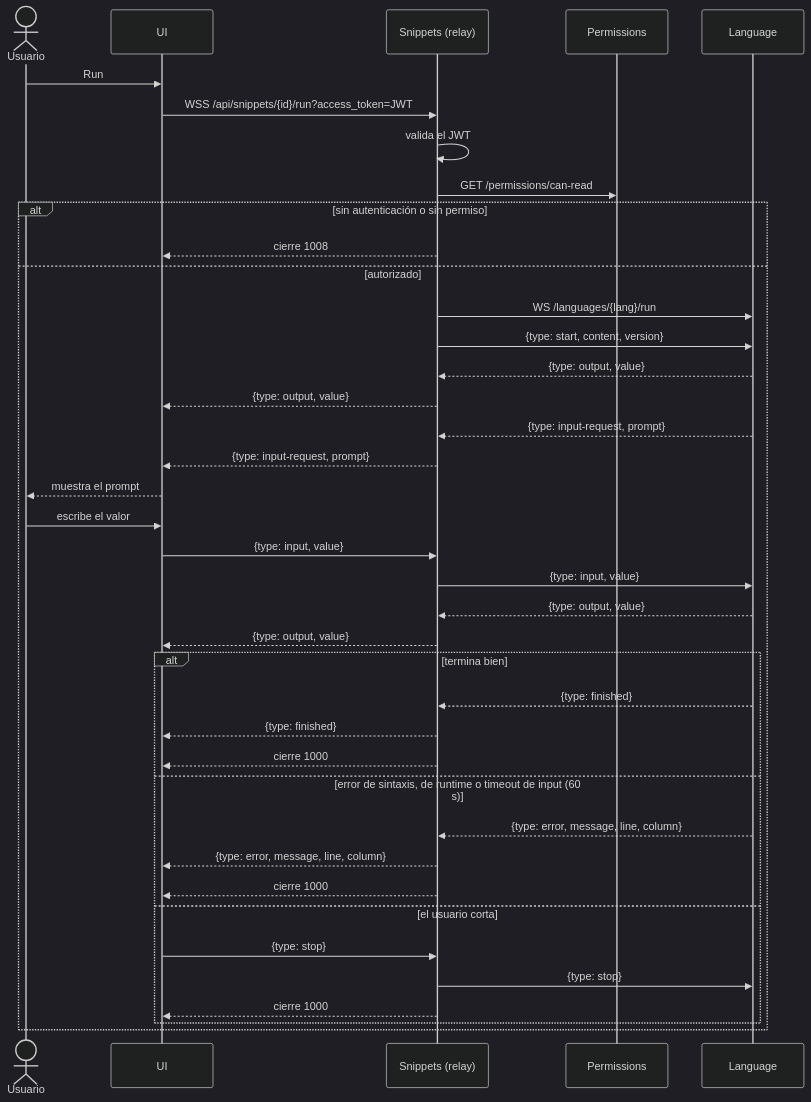
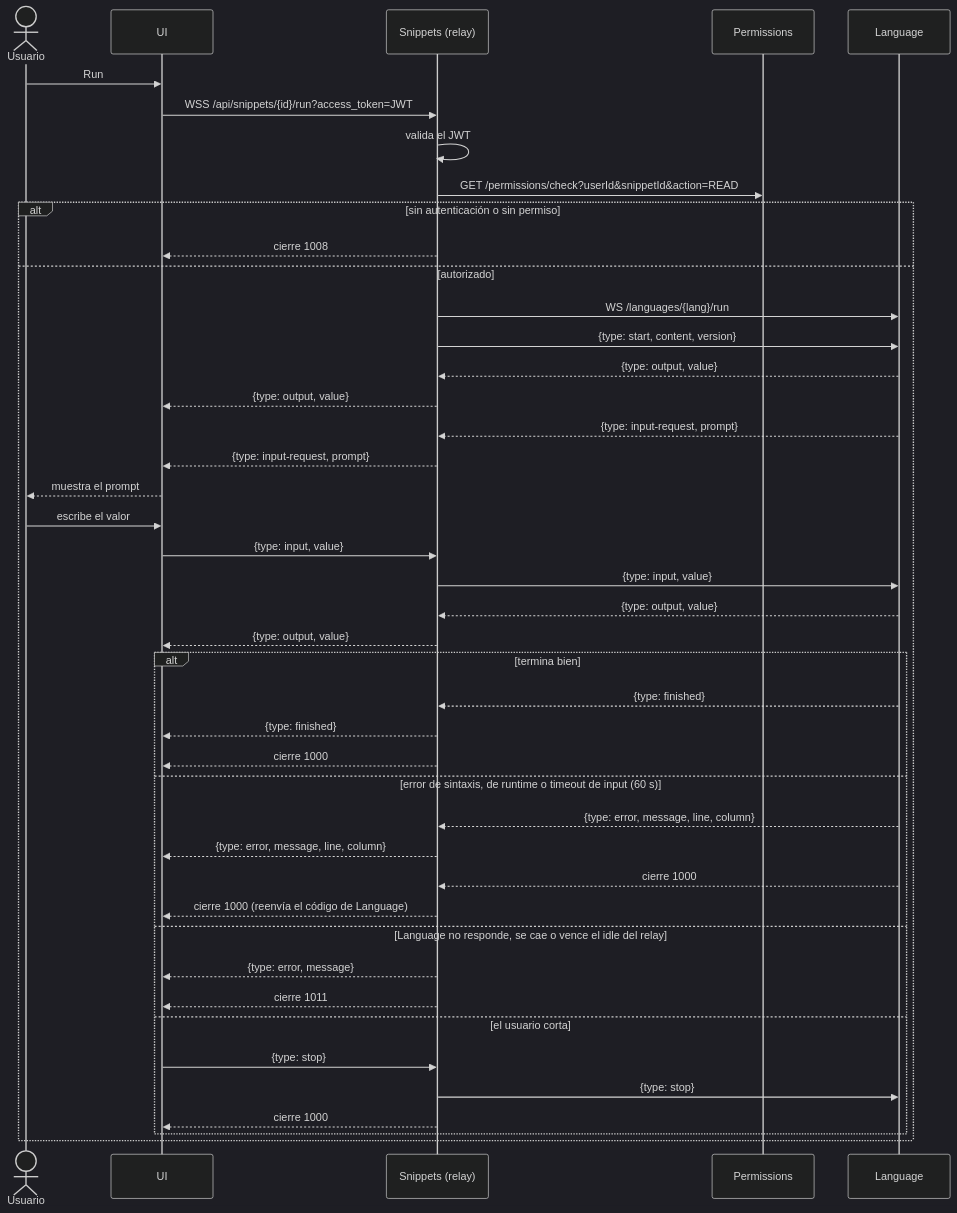
One commit to TP1-2-INGSIS/snippet-searcher-infra changed the fourth of 6 diagrams in docs/secuencias.md. Above: the diagram before and after it, drawn with Mermaid (dark theme). The commit also changed other lines of this file and 3 other files, not shown here.

````diff
--- a/docs/secuencias.md
+++ b/docs/secuencias.md
@@ -131,42 +146,46 @@
 ```mermaid
 sequenceDiagram
     actor U as Usuario
     participant UI as UI
     participant S as Snippets (relay)
     participant P as Permissions
     participant L as Language
 
     U->>UI: Run
     UI->>S: WSS /api/snippets/{id}/run?access_token=JWT
     S->>S: valida el JWT
-    S->>P: GET /permissions/can-read
+    S->>P: GET /permissions/check?userId&snippetId&action=READ
     alt sin autenticación o sin permiso
         S-->>UI: cierre 1008
     else autorizado
         S->>L: WS /languages/{lang}/run
         S->>L: {type: start, content, version}
         L-->>S: {type: output, value}
         S-->>UI: {type: output, value}
         L-->>S: {type: input-request, prompt}
         S-->>UI: {type: input-request, prompt}
         UI-->>U: muestra el prompt
         U->>UI: escribe el valor
         UI->>S: {type: input, value}
         S->>L: {type: input, value}
         L-->>S: {type: output, value}
         S-->>UI: {type: output, value}
         alt termina bien
             L-->>S: {type: finished}
             S-->>UI: {type: finished}
             S-->>UI: cierre 1000
         else error de sintaxis, de runtime o timeout de input (60 s)
             L-->>S: {type: error, message, line, column}
             S-->>UI: {type: error, message, line, column}
-            S-->>UI: cierre 1000
+            L-->>S: cierre 1000
+            S-->>UI: cierre 1000 (reenvía el código de Language)
+        else Language no responde, se cae o vence el idle del relay
+            S-->>UI: {type: error, message}
+            S-->>UI: cierre 1011
         else el usuario corta
             UI->>S: {type: stop}
             S->>L: {type: stop}
             S-->>UI: cierre 1000
         end
     end
 ```
````
